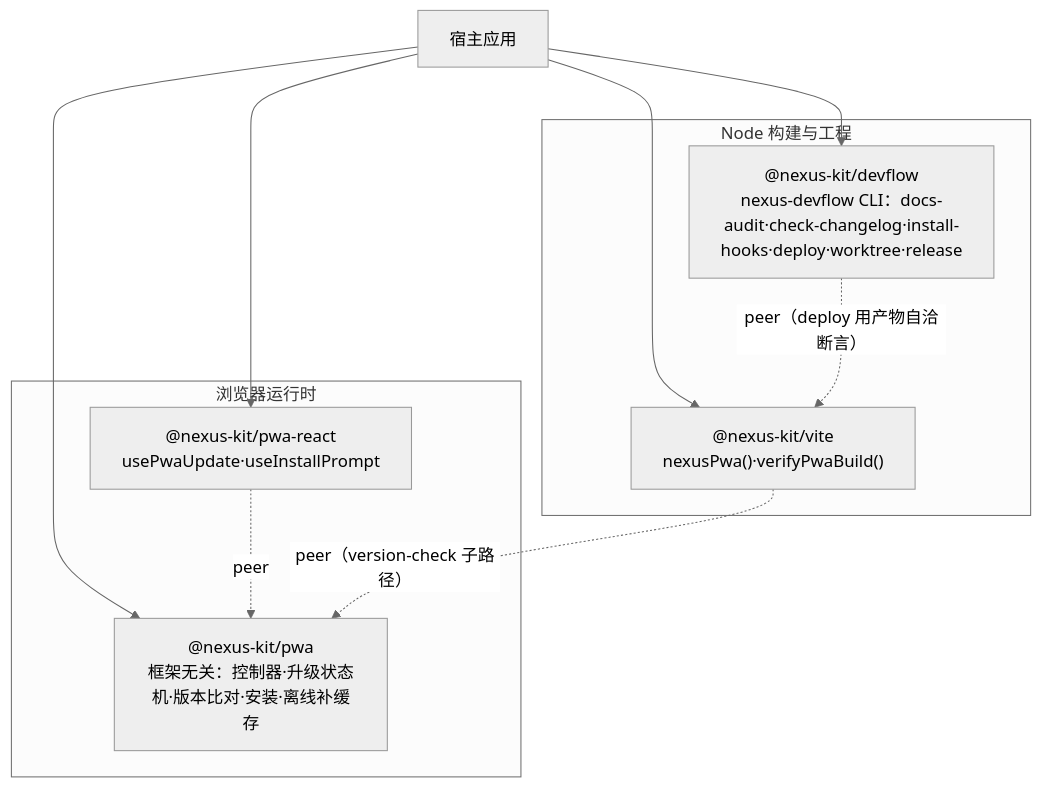
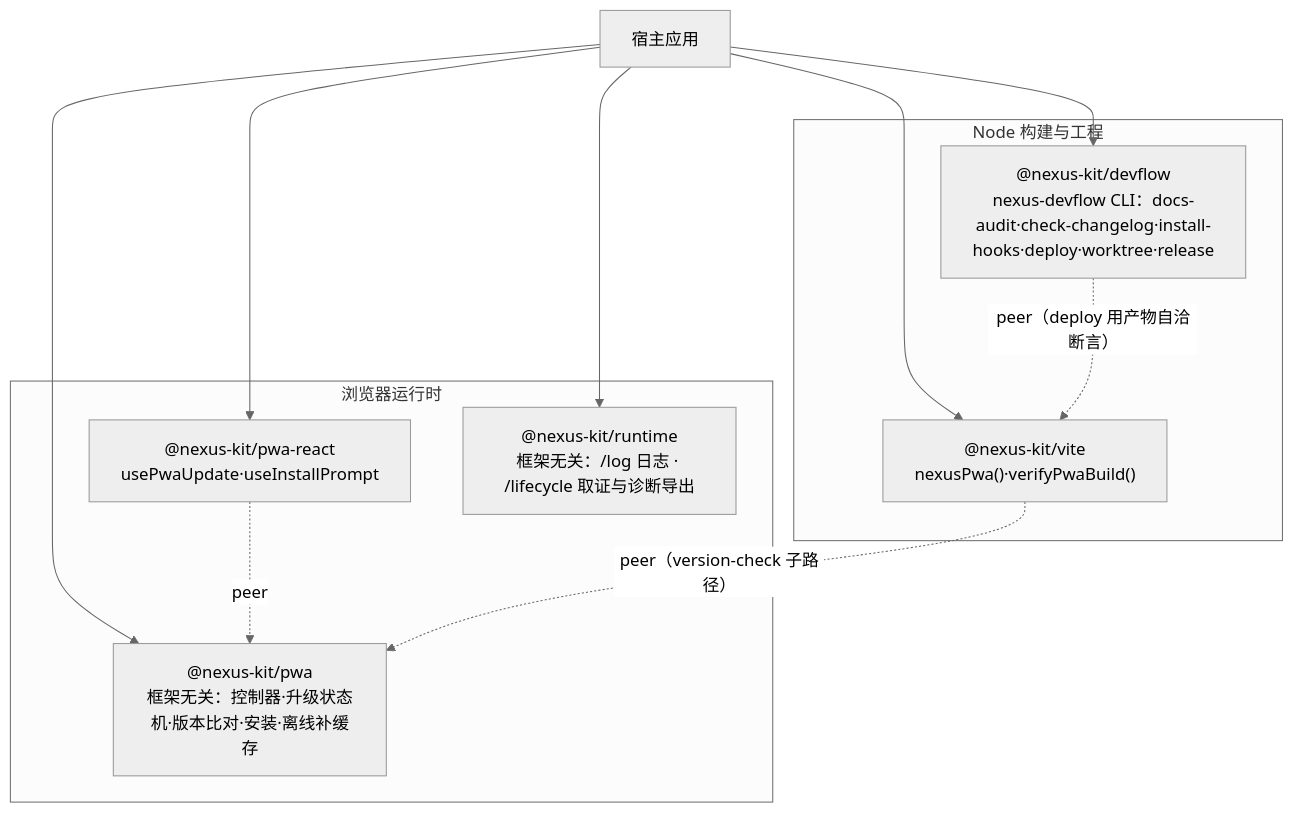
One commit to iazrael/nexus-kit changed the first of 2 diagrams in docs/架构算法/总览.md. Above: the diagram before and after it, drawn with Mermaid (neutral theme). The commit also changed other lines of this file and 66 other files, not shown here.

First line of the commit message:
feat(runtime): 新增 @nexus-kit/runtime——日志、异常退出取证与诊断导出（运行时基础设施第一期）

````diff
--- a/docs/架构算法/总览.md
+++ b/docs/架构算法/总览.md
@@ -7,15 +7,16 @@
 ```mermaid
 flowchart TB
   subgraph 浏览器运行时
     PWA["@nexus-kit/pwa<br/>框架无关：控制器·升级状态机·版本比对·安装·离线补缓存"]
     PR["@nexus-kit/pwa-react<br/>usePwaUpdate·useInstallPrompt"]
+    RT["@nexus-kit/runtime<br/>框架无关：/log 日志 · /lifecycle 取证与诊断导出"]
   end
   subgraph Node 构建与工程
     VITE["@nexus-kit/vite<br/>nexusPwa()·verifyPwaBuild()"]
     DF["@nexus-kit/devflow<br/>nexus-devflow CLI：docs-audit·check-changelog·install-hooks·deploy·worktree·release"]
   end
   PR -. peer .-> PWA
   VITE -. "peer（version-check 子路径）" .-> PWA
   DF -. "peer（deploy 用产物自洽断言）" .-> VITE
-  APP[宿主应用] --> PWA & PR & VITE & DF
+  APP[宿主应用] --> PWA & PR & RT & VITE & DF
 ```
````
